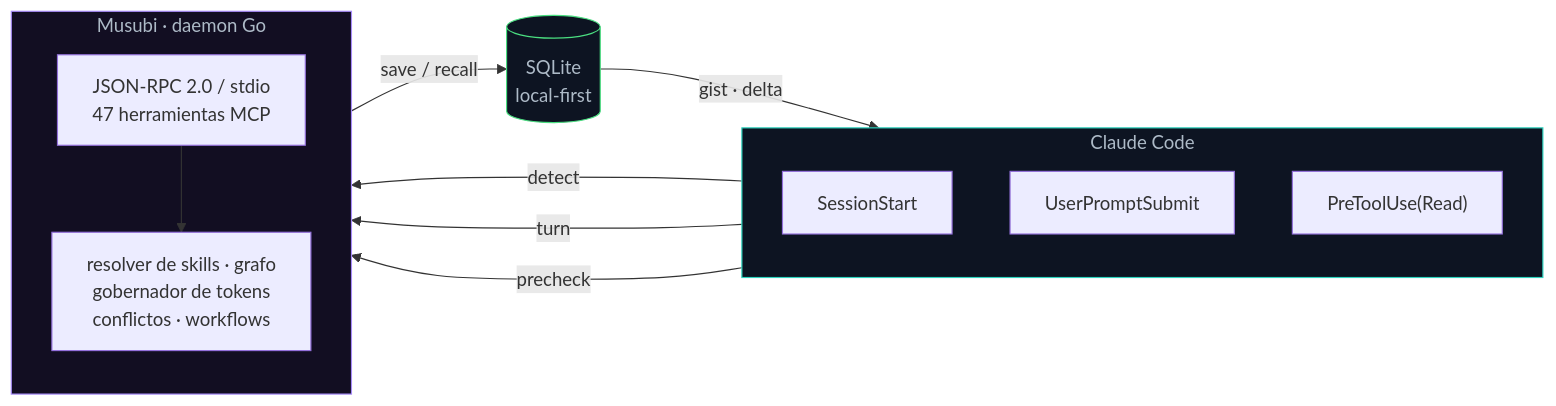
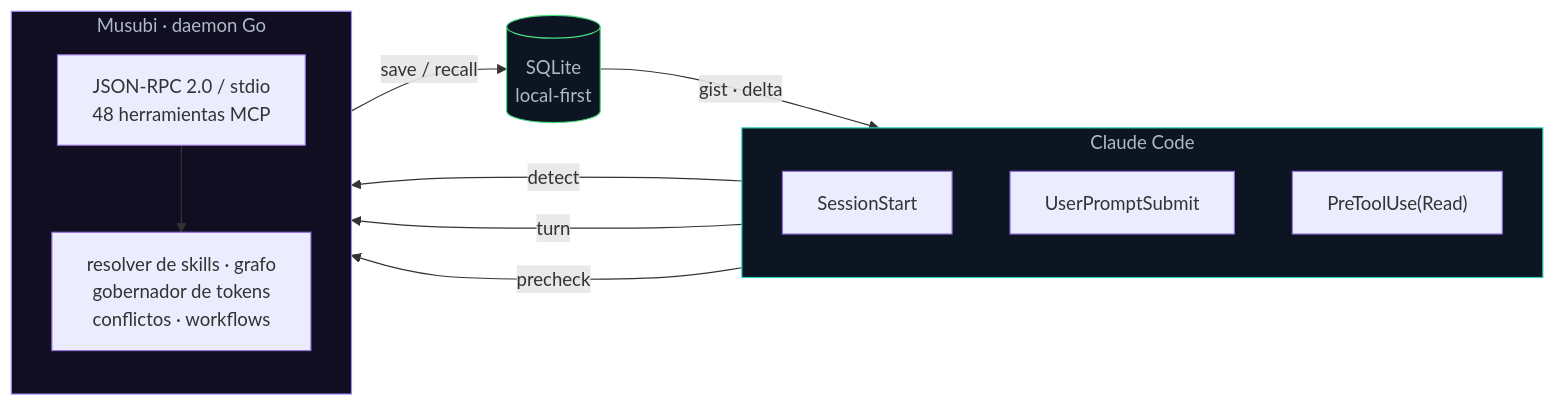
One commit to codeabraham16/musubi changed the first of 3 diagrams in README.md. Above: the diagram before and after it, drawn with Mermaid. The commit also changed other lines of this file and 24 other files, not shown here.

````diff
--- a/README.md
+++ b/README.md
@@ -68,27 +68,27 @@
 ```mermaid
 flowchart LR
     subgraph CC["Claude Code"]
         direction TB
         H1["SessionStart"]
         H2["UserPromptSubmit"]
         H3["PreToolUse(Read)"]
     end
     subgraph M["Musubi · daemon Go"]
         direction TB
-        RPC["JSON-RPC 2.0 / stdio<br/>47 herramientas MCP"]
+        RPC["JSON-RPC 2.0 / stdio<br/>48 herramientas MCP"]
         COG["resolver de skills · grafo<br/>gobernador de tokens<br/>conflictos · workflows"]
     end
     DB[("SQLite<br/>local-first")]
 
     H1 -- "detect" --> RPC
     H2 -- "turn" --> RPC
     H3 -- "precheck" --> RPC
     RPC --> COG
     COG -- "save / recall" --> DB
     DB -- "gist · delta" --> CC
 
     classDef cc fill:#0d1422,stroke:#2dd4bf,color:#adbac7;
     classDef mm fill:#120e22,stroke:#a78bfa,color:#adbac7;
     classDef db fill:#0d1422,stroke:#4ade80,color:#adbac7;
     class CC cc; class M mm; class DB db;
 ```
````
